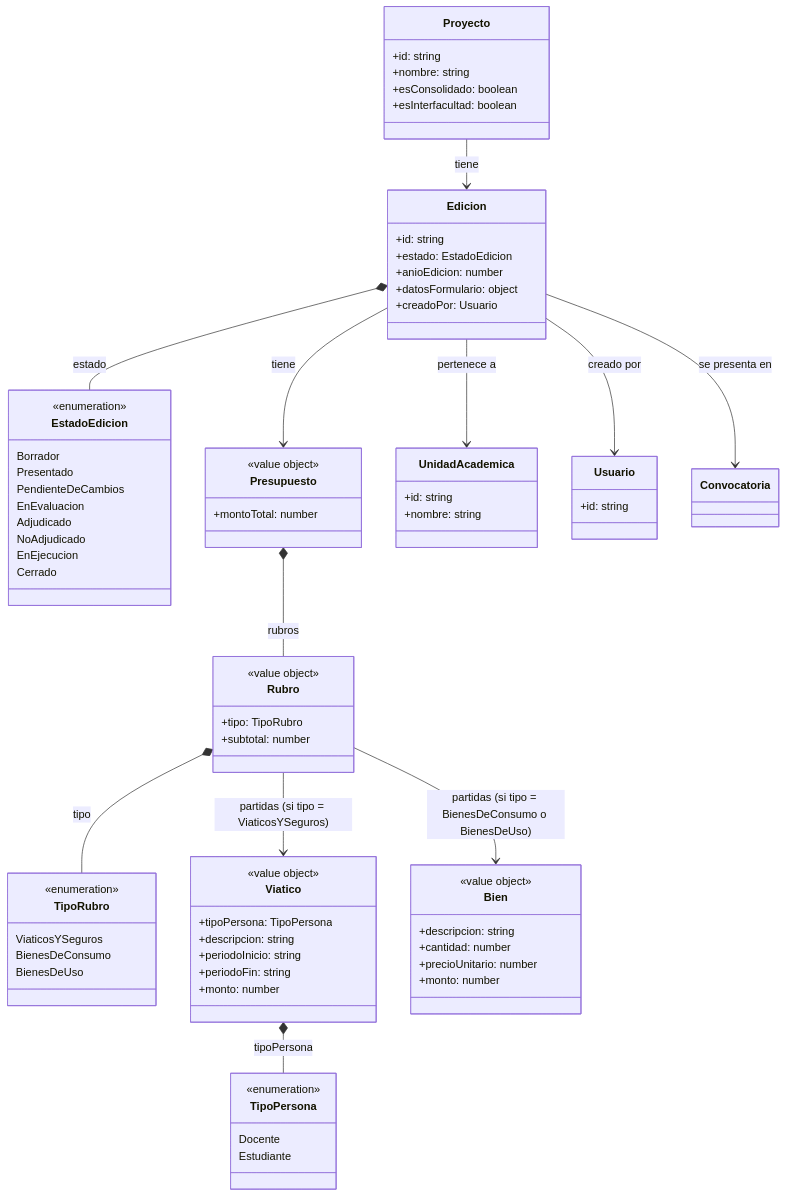
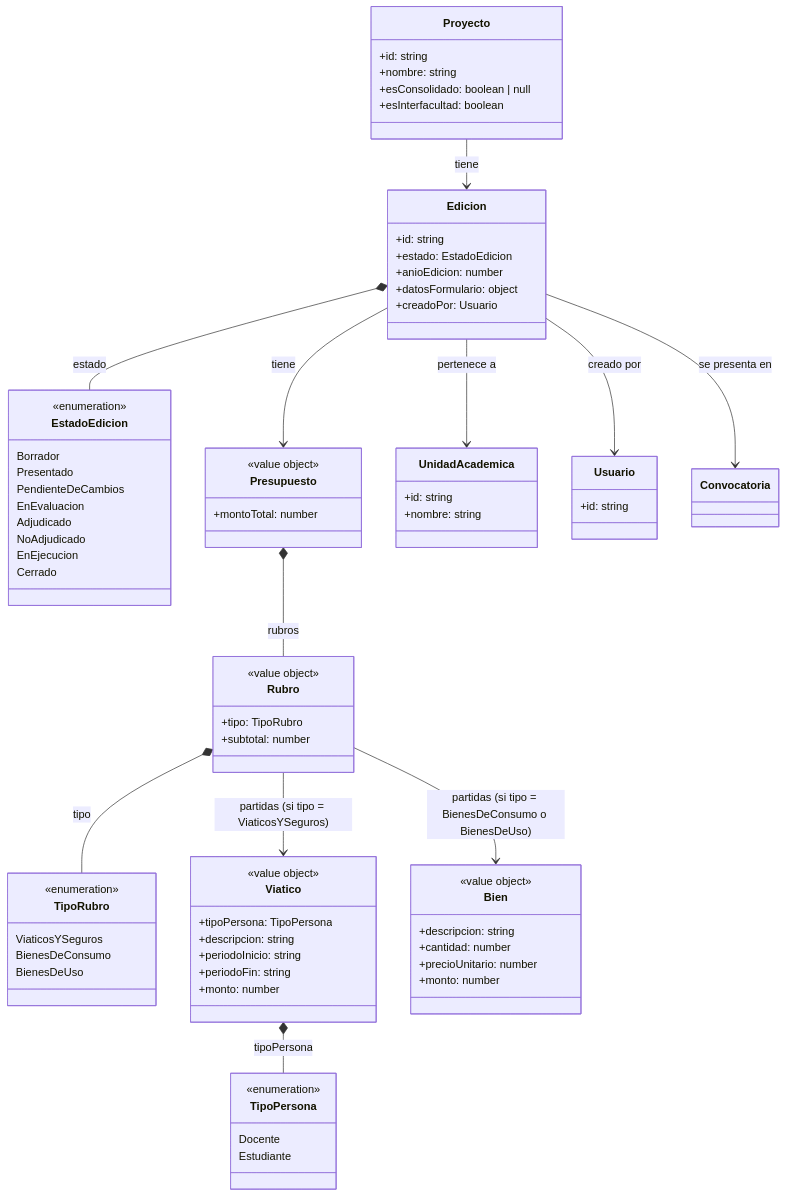
One commit to TPP-UBANEX/UBANEX changed the second of 10 diagrams in docs/dominio/modelo.md. Above: the diagram before and after it, drawn with Mermaid. The commit also changed other lines of this file, not shown here.

First line of the commit message:
docs(consolidado): documentar la consolidación derivada del historial y el override tri-estado

```diff
--- a/docs/dominio/modelo.md
+++ b/docs/dominio/modelo.md
@@ -121,7 +121,7 @@
     class Proyecto {
         +id: string
         +nombre: string
-        +esConsolidado: boolean
+        +esConsolidado: boolean | null
         +esInterfacultad: boolean
     }
 
```
